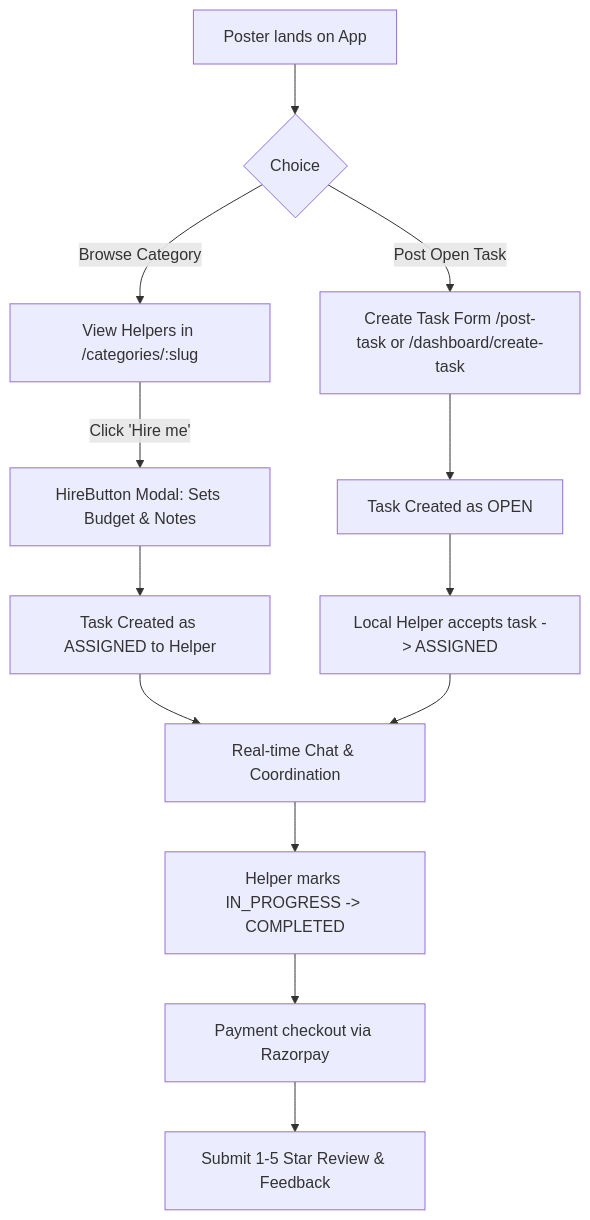
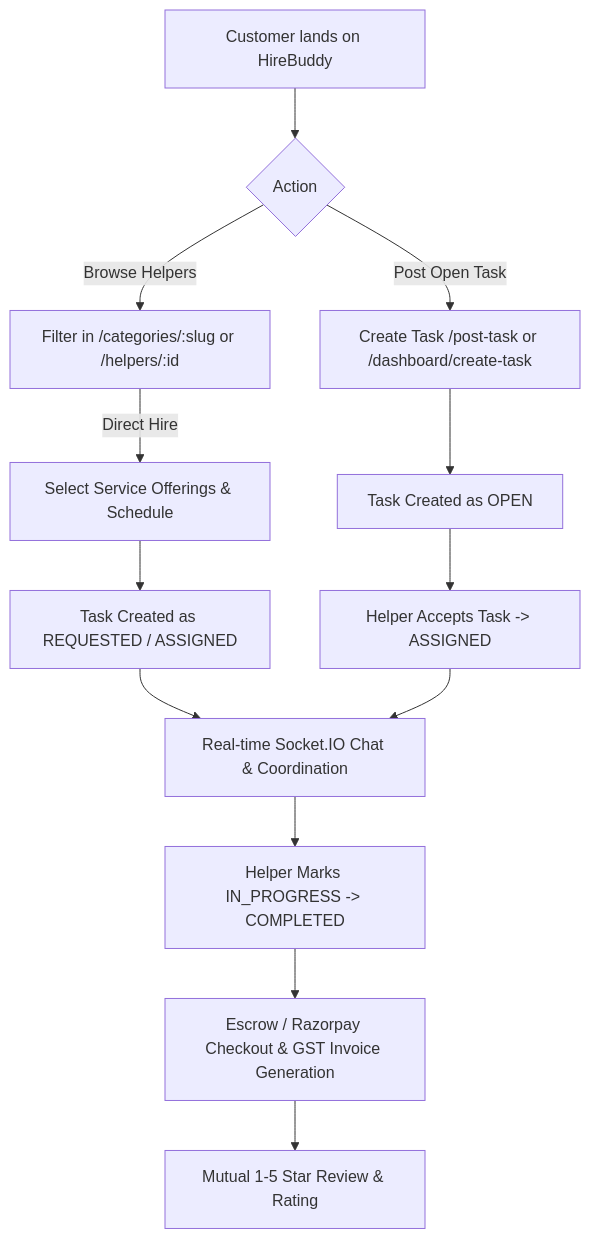
The first of 2 diagrams in memory-bank/productContext.md (priyanandrai/hirebuddy), drawn with Mermaid before and after one commit. The commit also changed other lines of this file and 46 other files, not shown here.

````diff
--- a/memory-bank/productContext.md
+++ b/memory-bank/productContext.md
@@ -22,15 +25,15 @@
 ```mermaid
 flowchart TD
-    A[Poster lands on App] --> B{Choice}
-    B -->|Post Open Task| C[Create Task Form /post-task or /dashboard/create-task]
-    B -->|Browse Category| D[View Helpers in /categories/:slug]
-    D -->|Click 'Hire me'| E[HireButton Modal: Sets Budget & Notes]
+    A[Customer lands on HireBuddy] --> B{Action}
+    B -->|Post Open Task| C[Create Task /post-task or /dashboard/create-task]
+    B -->|Browse Helpers| D[Filter in /categories/:slug or /helpers/:id]
+    D -->|Direct Hire| E[Select Service Offerings & Schedule]
     C --> F[Task Created as OPEN]
-    E --> G[Task Created as ASSIGNED to Helper]
-    F --> H[Local Helper accepts task -> ASSIGNED]
-    G --> I[Real-time Chat & Coordination]
+    E --> G[Task Created as REQUESTED / ASSIGNED]
+    F --> H[Helper Accepts Task -> ASSIGNED]
+    G --> I[Real-time Socket.IO Chat & Coordination]
     H --> I
-    I --> J[Helper marks IN_PROGRESS -> COMPLETED]
-    J --> K[Payment checkout via Razorpay]
-    K --> L[Submit 1-5 Star Review & Feedback]
+    I --> J[Helper Marks IN_PROGRESS -> COMPLETED]
+    J --> K[Escrow / Razorpay Checkout & GST Invoice Generation]
+    K --> L[Mutual 1-5 Star Review & Rating]
 ```
````
